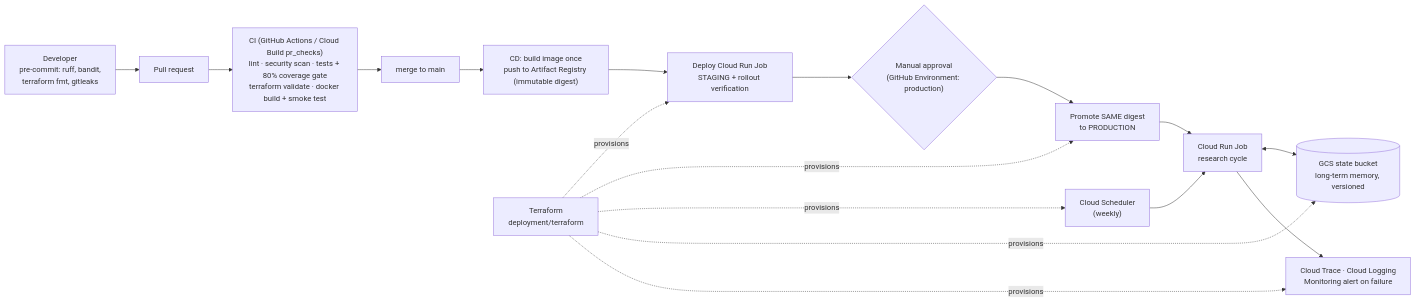
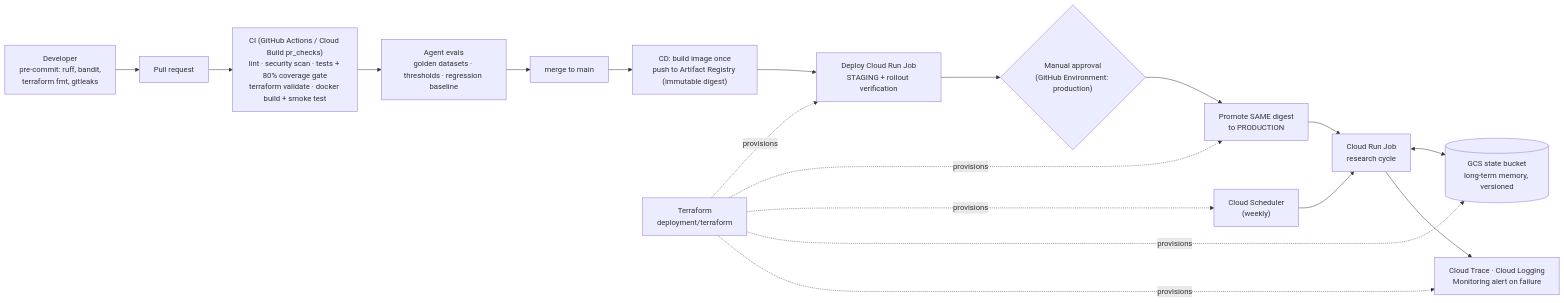
One commit to johnenoch1966/John-Enoch changed the diagram in deployment/README.md. Above: the diagram before and after it, drawn with Mermaid. The commit also changed other lines of this file and 24 other files, not shown here.

First line of the commit message:
feat(evals): golden-dataset evaluation suite with CI regression gates

````diff
--- a/deployment/README.md
+++ b/deployment/README.md
@@ -6,15 +6,16 @@
 ```mermaid
 flowchart LR
     DEV["Developer<br/>pre-commit: ruff, bandit,<br/>terraform fmt, gitleaks"] --> PR["Pull request"]
     PR --> CI["CI (GitHub Actions / Cloud Build pr_checks)<br/>lint · security scan · tests + 80% coverage gate<br/>terraform validate · docker build + smoke test"]
-    CI --> MAIN["merge to main"]
+    CI --> EVAL["Agent evals<br/>golden datasets · thresholds · regression baseline"]
+    EVAL --> MAIN["merge to main"]
     MAIN --> BUILD["CD: build image once<br/>push to Artifact Registry (immutable digest)"]
     BUILD --> STG["Deploy Cloud Run Job<br/>STAGING + rollout verification"]
     STG --> GATE{"Manual approval<br/>(GitHub Environment: production)"}
     GATE --> PROD["Promote SAME digest<br/>to PRODUCTION"]
     SCHED["Cloud Scheduler<br/>(weekly)"] --> JOB["Cloud Run Job<br/>research cycle"]
     PROD --> JOB
     JOB <--> GCS[("GCS state bucket<br/>long-term memory, versioned")]
     JOB --> OBS["Cloud Trace · Cloud Logging<br/>Monitoring alert on failure"]
     TF["Terraform<br/>deployment/terraform"] -.provisions.-> STG & PROD & SCHED & GCS & OBS
 ```
````
